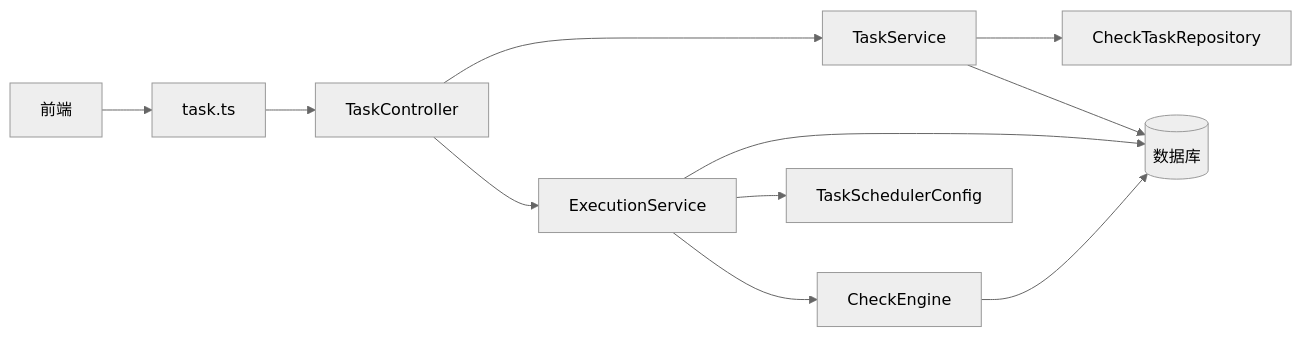
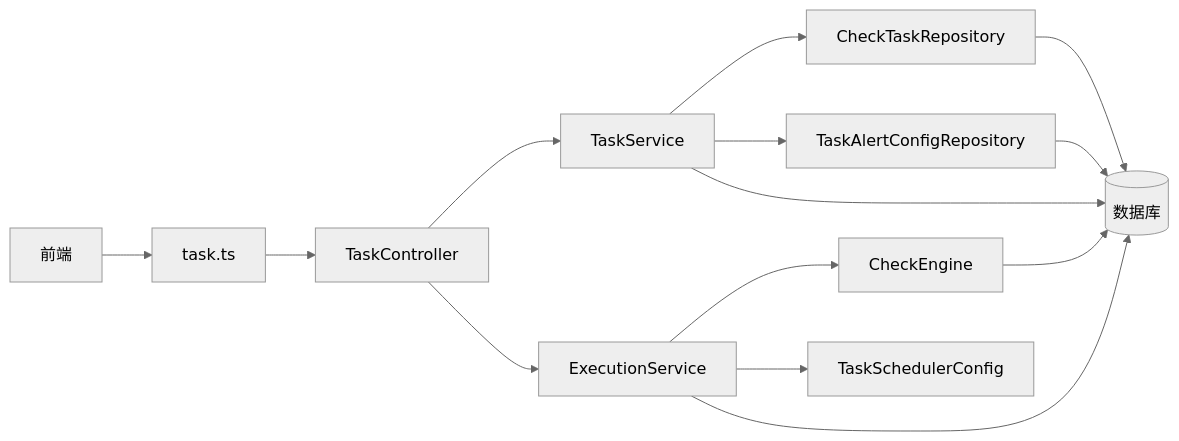
Before and after one commit to zzjxmy/mysql-risk-filed-check: diagram 11 of 11 in .qoder/repowiki/zh/content/核心功能模块/任务管理系统.md, drawn with Mermaid (neutral theme). The commit also changed other lines of this file and 6 other files, not shown here.

````diff
--- a/.qoder/repowiki/zh/content/核心功能模块/任务管理系统.md
+++ b/.qoder/repowiki/zh/content/核心功能模块/任务管理系统.md
@@ -319,13 +393,16 @@
 ```mermaid
 graph LR
 FE["前端"] --> API["task.ts"]
 API --> CTRL["TaskController"]
 CTRL --> SVC_T["TaskService"]
 CTRL --> SVC_E["ExecutionService"]
 SVC_T --> REPO["CheckTaskRepository"]
+SVC_T --> REPO_A["TaskAlertConfigRepository"]
 SVC_E --> ENG["CheckEngine"]
 SVC_E --> SCHED["TaskSchedulerConfig"]
 SVC_T --> DB[("数据库")]
 SVC_E --> DB
 ENG --> DB
+REPO --> DB
+REPO_A --> DB
 ```
````
